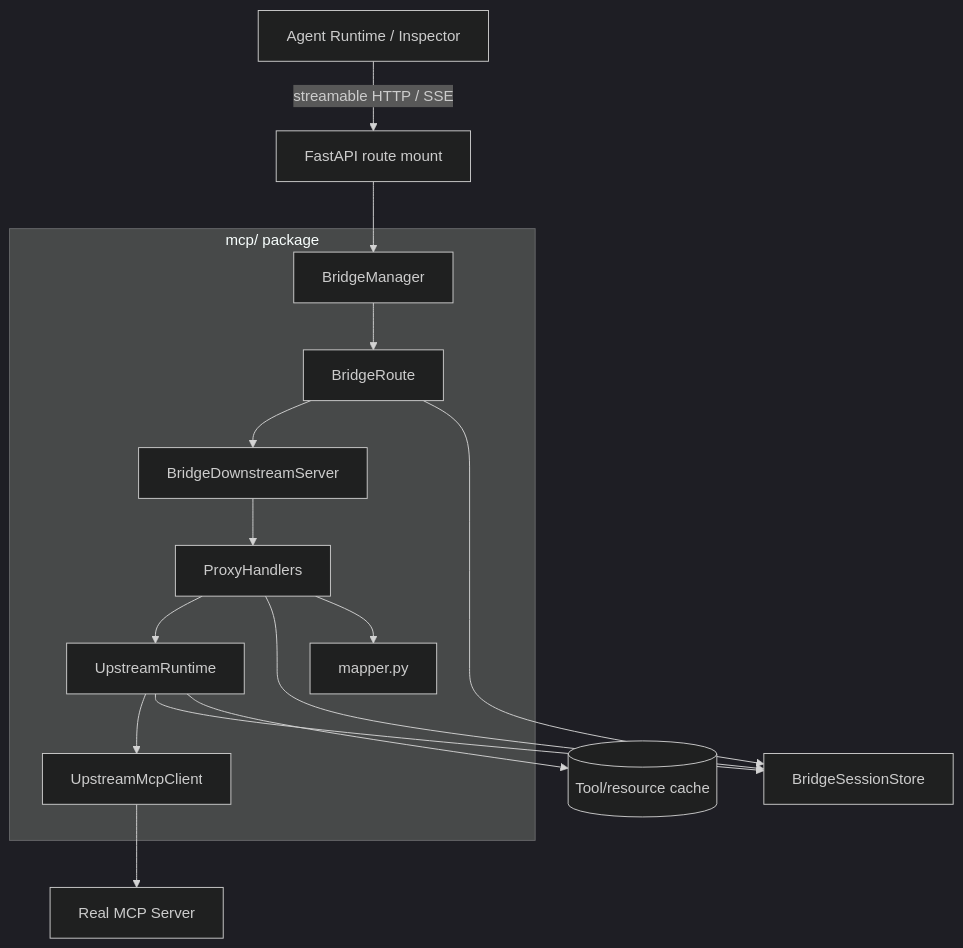
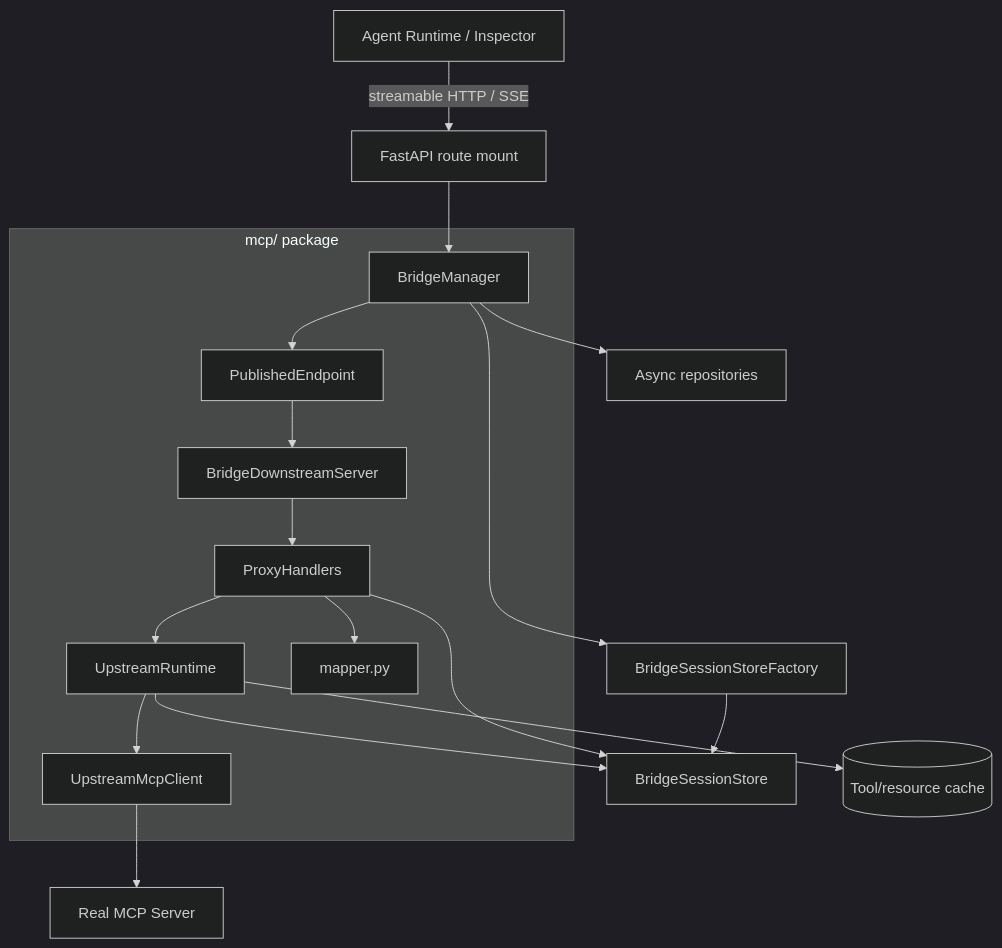
One commit to JilongSun/mcpapps-bridge changed the first of 3 diagrams in docs/architecture/mcp-layer.md. Above: the diagram before and after it, drawn with Mermaid (dark theme). The commit also changed other lines of this file and 19 other files, not shown here.

````diff
--- a/docs/architecture/mcp-layer.md
+++ b/docs/architecture/mcp-layer.md
@@ -9,27 +9,29 @@
 ```mermaid
 flowchart TD
     Client["Agent Runtime / Inspector"] --> |"streamable HTTP / SSE"| API["FastAPI route mount"]
     API --> Manager["BridgeManager"]
-    Manager --> Route["BridgeRoute"]
-    Route --> Downstream["BridgeDownstreamServer"]
+    Manager --> Endpoint["PublishedEndpoint"]
+    Manager --> Repositories["Async repositories"]
+    Manager --> Factory["BridgeSessionStoreFactory"]
+    Endpoint --> Downstream["BridgeDownstreamServer"]
     Downstream --> Handlers["ProxyHandlers"]
     Handlers --> Runtime["UpstreamRuntime"]
     Runtime --> Upstream["UpstreamMcpClient"]
     Upstream --> Real["Real MCP Server"]
 
-    Route --> Store["BridgeSessionStore"]
+    Factory --> Store["BridgeSessionStore"]
     Runtime --> Store
     Handlers --> Store
     Runtime --> Cache[("Tool/resource cache")]
     Handlers --> Mapper["mapper.py"]
 
     subgraph "mcp/ package"
         Manager
-        Route
+        Endpoint
         Downstream
         Handlers
         Runtime
         Upstream
         Mapper
     end
 ```
````
